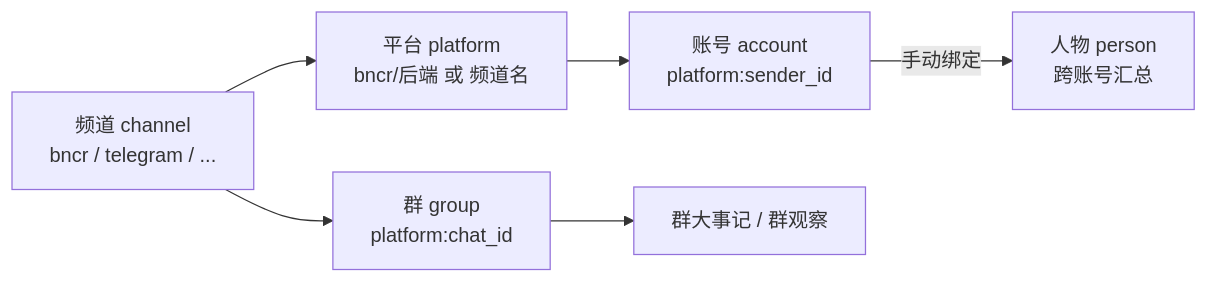
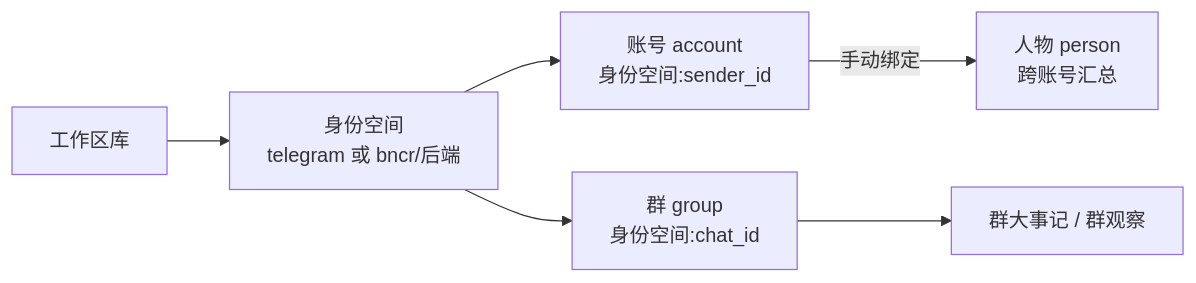
Before and after one commit to xmoxmo/openclaw-plugin-people-memory: the first of 2 diagrams in DESIGN.md, drawn with Mermaid. The commit also changed other lines of this file and 34 other files, not shown here.

````diff
--- a/DESIGN.md
+++ b/DESIGN.md
@@ -15,8 +16,8 @@
 ```mermaid
 flowchart LR
-  C[频道 channel<br/>bncr / telegram / ...] --> P[平台 platform<br/>bncr/后端 或 频道名]
-  P --> A[账号 account<br/>platform:sender_id]
+  W[工作区库] --> S[身份空间<br/>telegram 或 bncr/后端]
+  S --> A[账号 account<br/>身份空间:sender_id]
+  S --> G[群 group<br/>身份空间:chat_id]
   A -- 手动绑定 --> B[人物 person<br/>跨账号汇总]
-  C --> G[群 group<br/>platform:chat_id]
   G --> H[群大事记 / 群观察]
 ```
````
